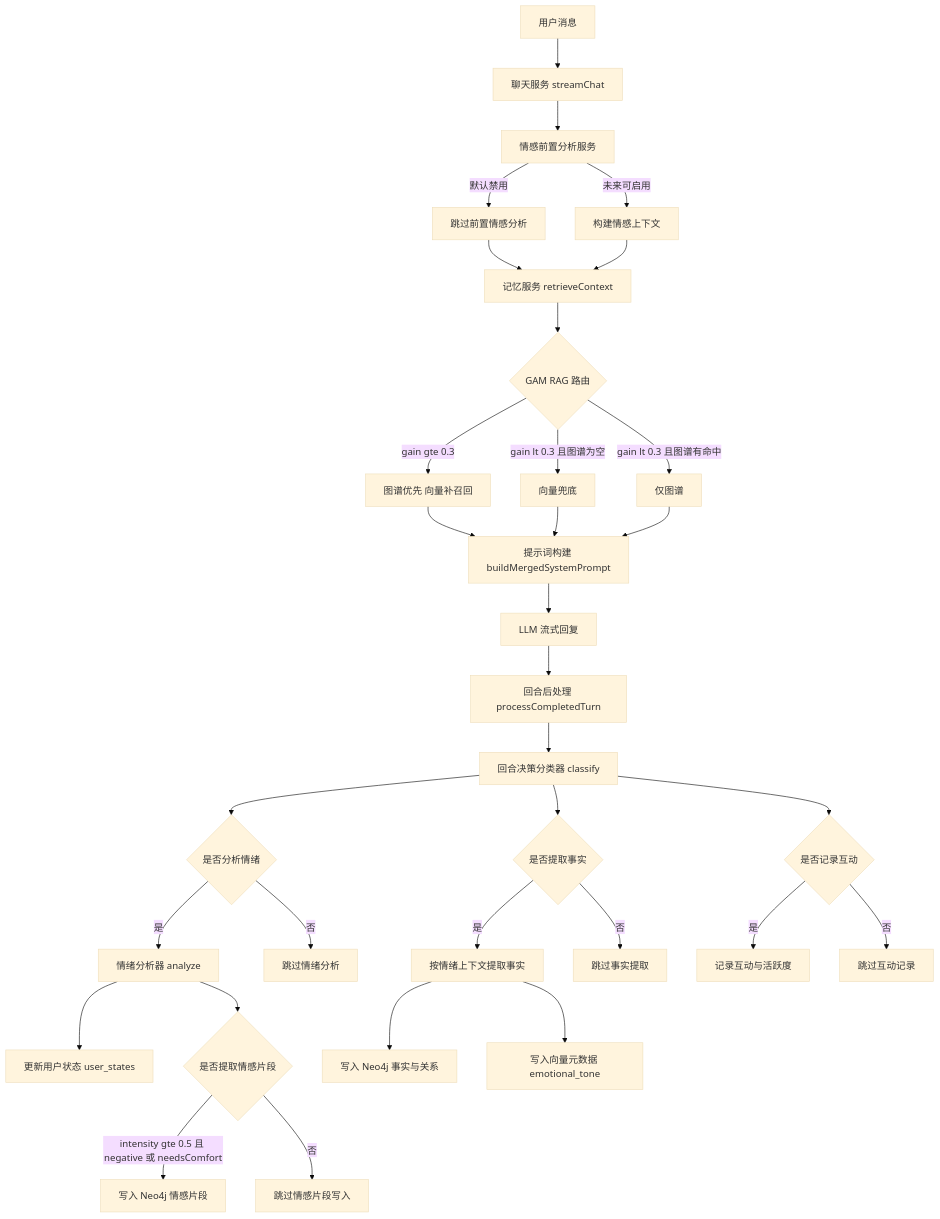
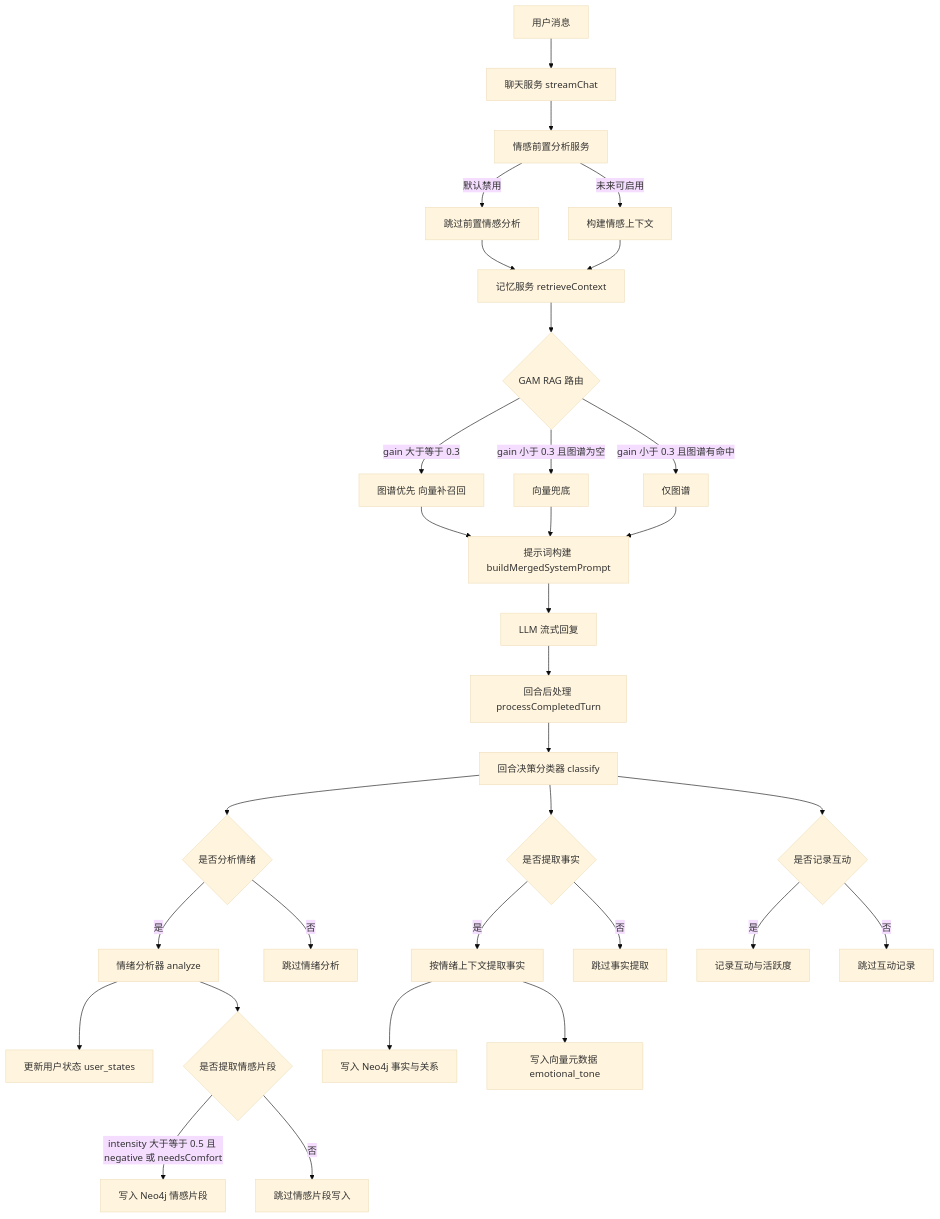
The diagram in doc/architecture/记忆模块设计文档.md (SailRuo/LingShu-AI), drawn with Mermaid (base theme) before and after one commit.

Commit message:
docs(架构): 更新流程图文档中的条件描述
将流程图中的条件描述从英文缩写改为中文全称，提高文档可读性

````diff
--- a/doc/architecture/记忆模块设计文档.md
+++ b/doc/architecture/记忆模块设计文档.md
@@ -17,38 +17,38 @@
 ```mermaid
 flowchart TD
     A["用户消息"] --> B["聊天服务 streamChat"]
     B --> C["情感前置分析服务"]
     C -->|默认禁用| D["跳过前置情感分析"]
     C -->|未来可启用| E["构建情感上下文"]
     D --> F["记忆服务 retrieveContext"]
     E --> F
 
     F --> G{"GAM RAG 路由"}
-    G -->|gain gte 0.3| H["图谱优先 向量补召回"]
-    G -->|gain lt 0.3 且图谱为空| I["向量兜底"]
-    G -->|gain lt 0.3 且图谱有命中| J["仅图谱"]
+    G -->|gain 大于等于 0.3| H["图谱优先 向量补召回"]
+    G -->|gain 小于 0.3 且图谱为空| I["向量兜底"]
+    G -->|gain 小于 0.3 且图谱有命中| J["仅图谱"]
     H --> K["提示词构建 buildMergedSystemPrompt"]
     I --> K
     J --> K
     K --> L["LLM 流式回复"]
     L --> M["回合后处理 processCompletedTurn"]
 
     M --> N["回合决策分类器 classify"]
     N --> O{"是否分析情绪"}
     O -->|是| P["情绪分析器 analyze"]
     O -->|否| Q["跳过情绪分析"]
     P --> R["更新用户状态 user_states"]
     P --> S{"是否提取情感片段"}
-    S -->|intensity gte 0.5 且 negative 或 needsComfort| T["写入 Neo4j 情感片段"]
+    S -->|intensity 大于等于 0.5 且 negative 或 needsComfort| T["写入 Neo4j 情感片段"]
     S -->|否| U["跳过情感片段写入"]
 
     N --> V{"是否提取事实"}
     V -->|是| W["按情绪上下文提取事实"]
     V -->|否| X["跳过事实提取"]
     W --> Y["写入 Neo4j 事实与关系"]
     W --> Z["写入向量元数据 emotional_tone"]
 
     N --> AA{"是否记录互动"}
     AA -->|是| AB["记录互动与活跃度"]
     AA -->|否| AC["跳过互动记录"]
 ```
````
